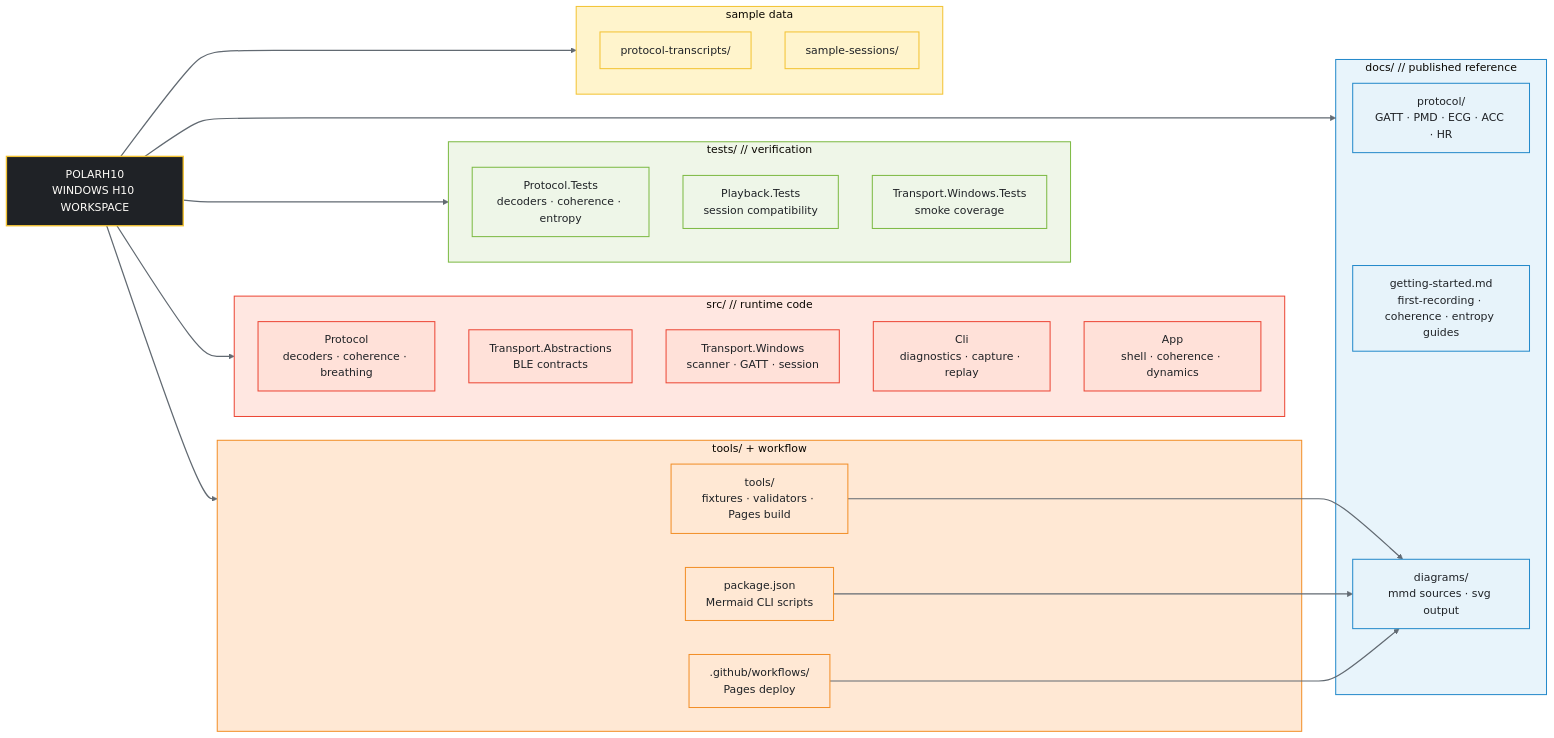
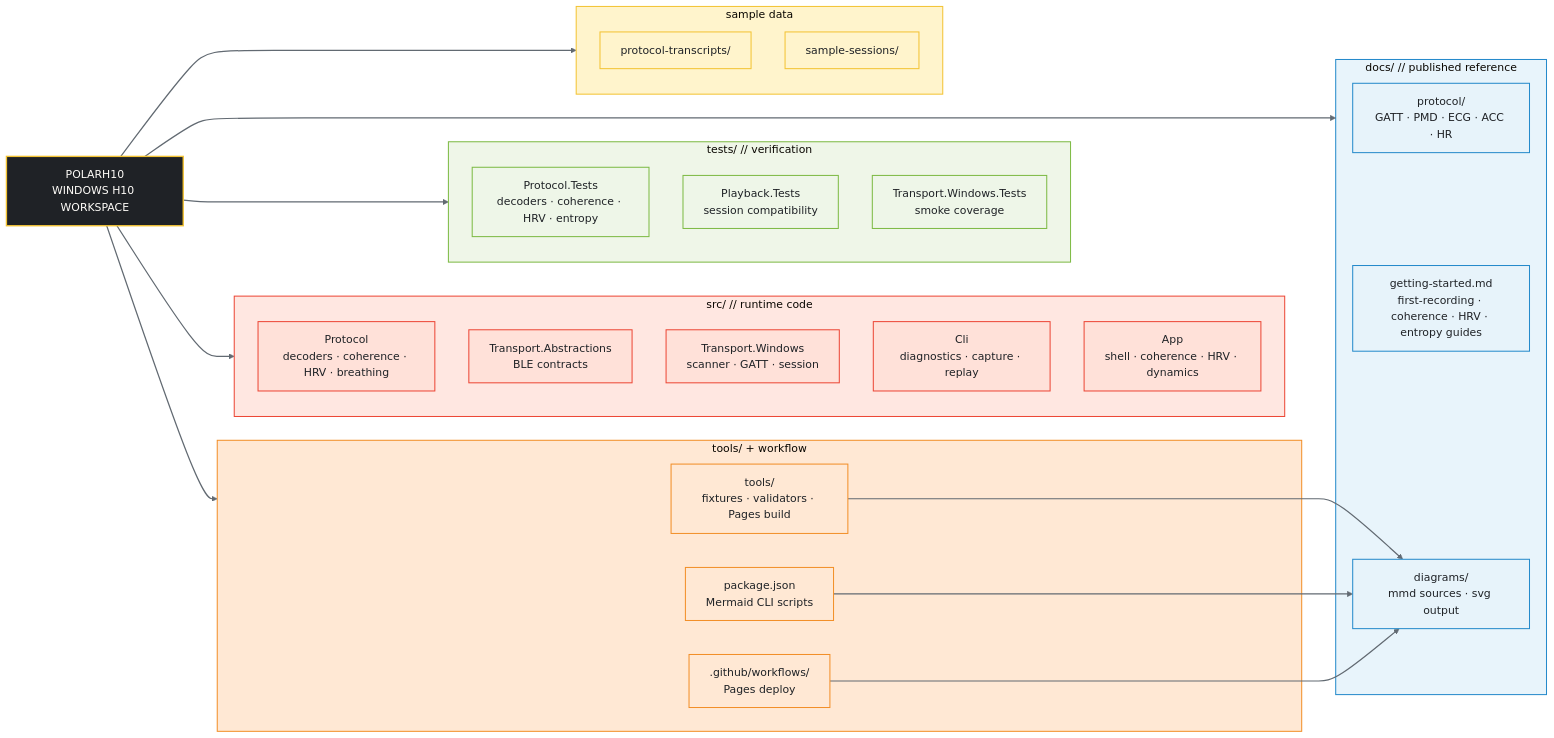
One commit to MesmerPrism/PolarH10 changed the diagram in docs/diagrams/repo-structure.mmd. Above: the diagram before and after it, drawn with Mermaid (base theme). The commit also changed 29 other files, not shown here.

```diff
--- a/docs/diagrams/repo-structure.mmd
+++ b/docs/diagrams/repo-structure.mmd
@@ -1,65 +1,65 @@
 %% Repo structure overview - GitHub-facing and compact.
 %% Keep the README version lightweight; push deeper diagrams into docs/diagrams.
 
 flowchart LR
     R["POLARH10<br/>WINDOWS H10 WORKSPACE"]
 
     subgraph Source["src/ // runtime code"]
-        P1["Protocol<br/>decoders · coherence · breathing"]
+        P1["Protocol<br/>decoders · coherence · HRV · breathing"]
         P2["Transport.Abstractions<br/>BLE contracts"]
         P3["Transport.Windows<br/>scanner · GATT · session"]
         P4["Cli<br/>diagnostics · capture · replay"]
-        P5["App<br/>shell · coherence · dynamics"]
+        P5["App<br/>shell · coherence · HRV · dynamics"]
     end
 
     subgraph Tests["tests/ // verification"]
-        T1["Protocol.Tests<br/>decoders · coherence · entropy"]
+        T1["Protocol.Tests<br/>decoders · coherence · HRV · entropy"]
         T2["Playback.Tests<br/>session compatibility"]
         T3["Transport.Windows.Tests<br/>smoke coverage"]
     end
 
     subgraph Docs["docs/ // published reference"]
         D1["protocol/<br/>GATT · PMD · ECG · ACC · HR"]
-        D2["getting-started.md<br/>first-recording · coherence · entropy guides"]
+        D2["getting-started.md<br/>first-recording · coherence · HRV · entropy guides"]
         D3["diagrams/<br/>mmd sources · svg output"]
     end
 
     subgraph Tooling["tools/ + workflow"]
         TL1["tools/<br/>fixtures · validators · Pages build"]
         TL2["package.json<br/>Mermaid CLI scripts"]
         TL3[".github/workflows/<br/>Pages deploy"]
     end
 
     subgraph Samples["sample data"]
         S1["protocol-transcripts/"]
         S2["sample-sessions/"]
     end
 
     R --> Source
     R --> Tests
     R --> Docs
     R --> Tooling
     R --> Samples
     TL1 --> D3
     TL2 --> D3
     TL3 --> D3
 
     style Source fill:#FFE7E1,stroke:#EC4736,stroke-width:1.5px;
     style Tests fill:#EFF6E8,stroke:#7DBA44,stroke-width:1.5px;
     style Docs fill:#E8F4FB,stroke:#258ACB,stroke-width:1.5px;
     style Tooling fill:#FFE8D4,stroke:#F28F28,stroke-width:1.5px;
     style Samples fill:#FFF4CC,stroke:#F3C333,stroke-width:1.5px;
 
     classDef hub fill:#1F2226,stroke:#F3C333,color:#FFFDF9,stroke-width:2px;
     classDef source fill:#FFE1D9,stroke:#EC4736,color:#1F2226,stroke-width:1.5px;
     classDef tests fill:#EEF6E8,stroke:#7DBA44,color:#1F2226,stroke-width:1.5px;
     classDef docs fill:#E7F3FA,stroke:#258ACB,color:#1F2226,stroke-width:1.5px;
     classDef tooling fill:#FFE8D4,stroke:#F28F28,color:#1F2226,stroke-width:1.5px;
     classDef sample fill:#FFF4CC,stroke:#F3C333,color:#1F2226,stroke-width:1.5px;
     class R hub;
     class P1,P2,P3,P4,P5 source;
     class T1,T2,T3 tests;
     class D1,D2,D3 docs;
     class TL1,TL2,TL3 tooling;
     class S1,S2 sample;
     linkStyle default stroke:#626A72,stroke-width:1.8px;
```
